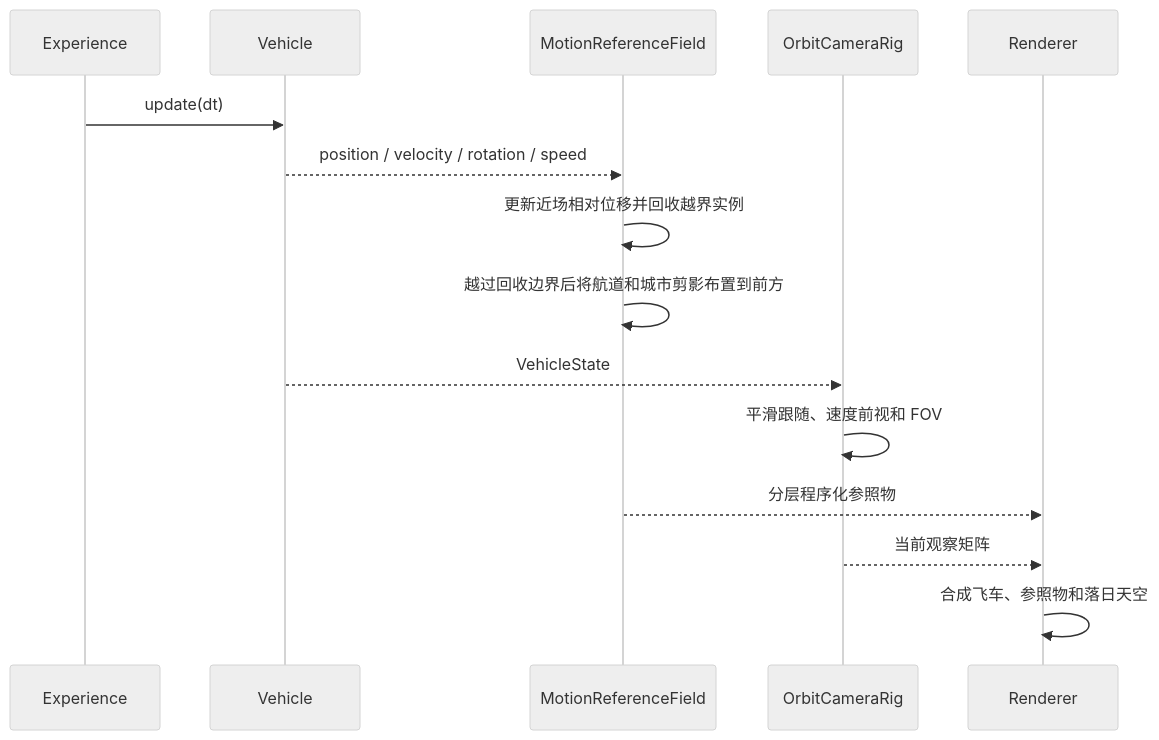
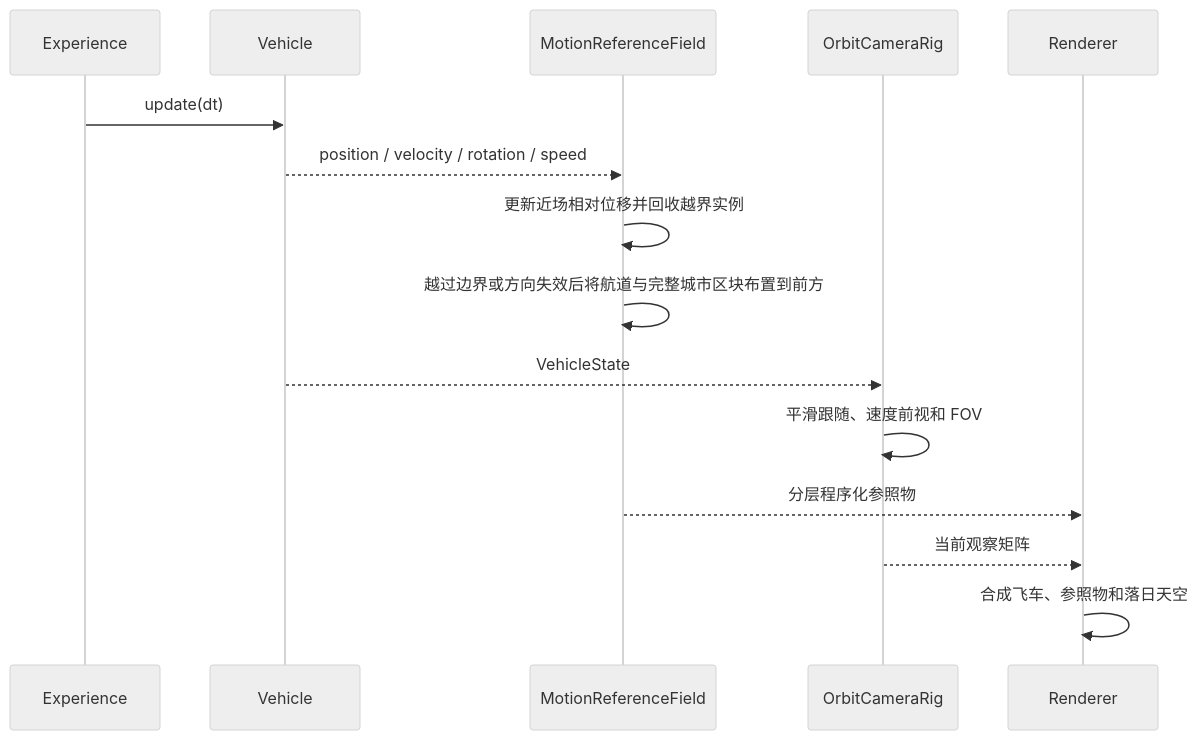
The second of 3 diagrams in docs/architecture/motion-reference/README.md (64n-goxutech/shader-roam), drawn with Mermaid (neutral theme) before and after one commit. The commit also changed other lines of this file and 17 other files, not shown here.

````diff
--- a/docs/architecture/motion-reference/README.md
+++ b/docs/architecture/motion-reference/README.md
@@ -89,18 +102,18 @@
 ```mermaid
 sequenceDiagram
     participant Experience
     participant Vehicle
     participant Motion as MotionReferenceField
     participant Camera as OrbitCameraRig
     participant Renderer
 
     Experience->>Vehicle: update(dt)
     Vehicle-->>Motion: position / velocity / rotation / speed
     Motion->>Motion: 更新近场相对位移并回收越界实例
-    Motion->>Motion: 越过回收边界后将航道和城市剪影布置到前方
+    Motion->>Motion: 越过边界或方向失效后将航道与完整城市区块布置到前方
     Vehicle-->>Camera: VehicleState
     Camera->>Camera: 平滑跟随、速度前视和 FOV
     Motion-->>Renderer: 分层程序化参照物
     Camera-->>Renderer: 当前观察矩阵
     Renderer->>Renderer: 合成飞车、参照物和落日天空
 ```
````
